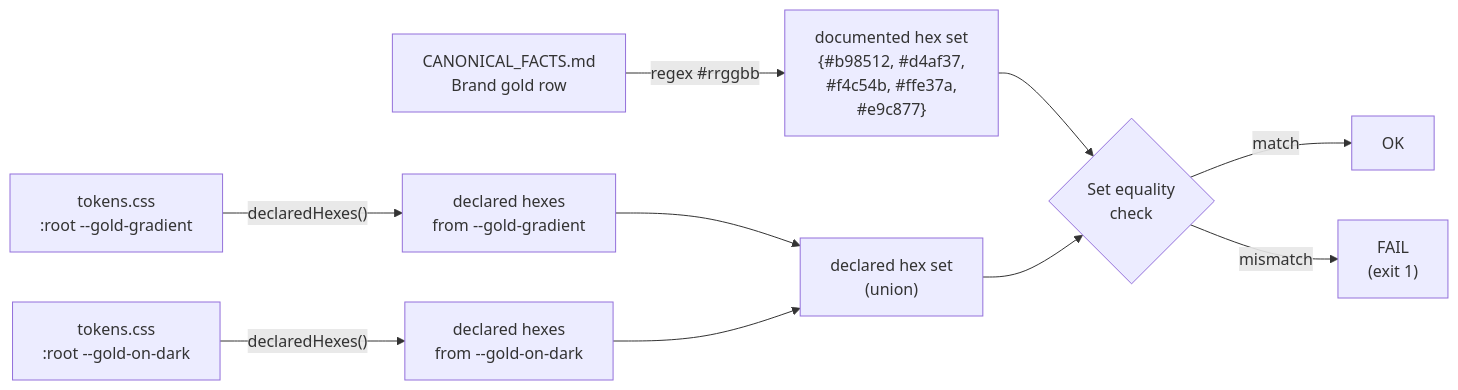
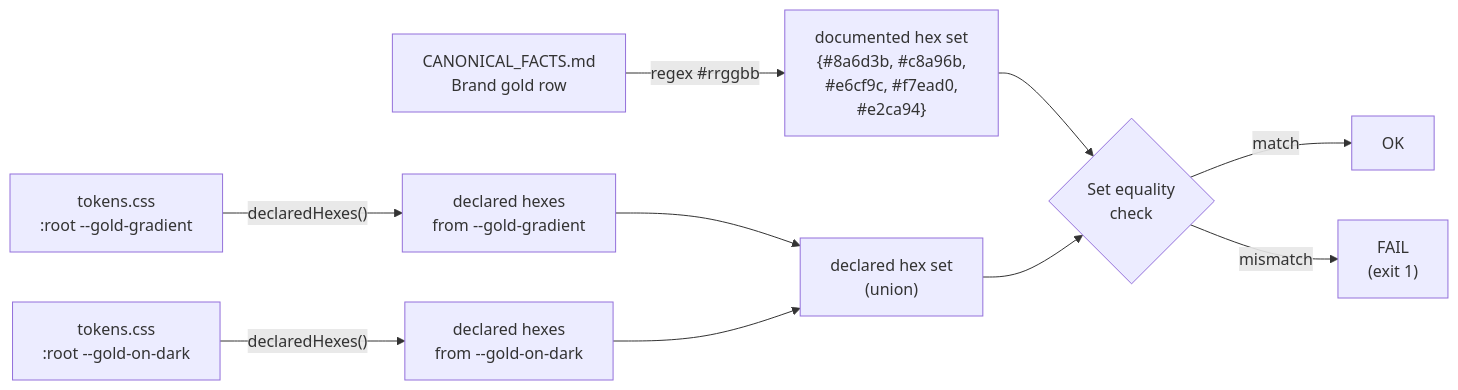
The fourth of 5 diagrams in docs/wiki/Conventions-Canonical-Facts.md (Dutiva-Canada/Dutiva_Web), drawn with Mermaid before and after one commit. The commit also changed other lines of this file and 127 other files, not shown here.

````diff
--- a/docs/wiki/Conventions-Canonical-Facts.md
+++ b/docs/wiki/Conventions-Canonical-Facts.md
@@ -430,17 +434,17 @@
 ```mermaid
 flowchart LR
     MD["CANONICAL_FACTS.md\nBrand gold row"]
     CSS1["tokens.css\n:root --gold-gradient"]
     CSS2["tokens.css\n:root --gold-on-dark"]
 
-    MD -->|"regex #rrggbb"| DocSet["documented hex set\n{#b98512, #d4af37,\n#f4c54b, #ffe37a,\n#e9c877}"]
+    MD -->|"regex #rrggbb"| DocSet["documented hex set\n{#8a6d3b, #c8a96b,\n#e6cf9c, #f7ead0,\n#e2ca94}"]
     CSS1 -->|"declaredHexes()"| DeclSet1["declared hexes\nfrom --gold-gradient"]
     CSS2 -->|"declaredHexes()"| DeclSet2["declared hexes\nfrom --gold-on-dark"]
     DeclSet1 --> CSSSet["declared hex set\n(union)"]
     DeclSet2 --> CSSSet
 
     DocSet --> CMP{"Set equality\ncheck"}
     CSSSet --> CMP
     CMP -->|"match"| OK["OK"]
     CMP -->|"mismatch"| FAIL["FAIL\n(exit 1)"]
 ```
````
